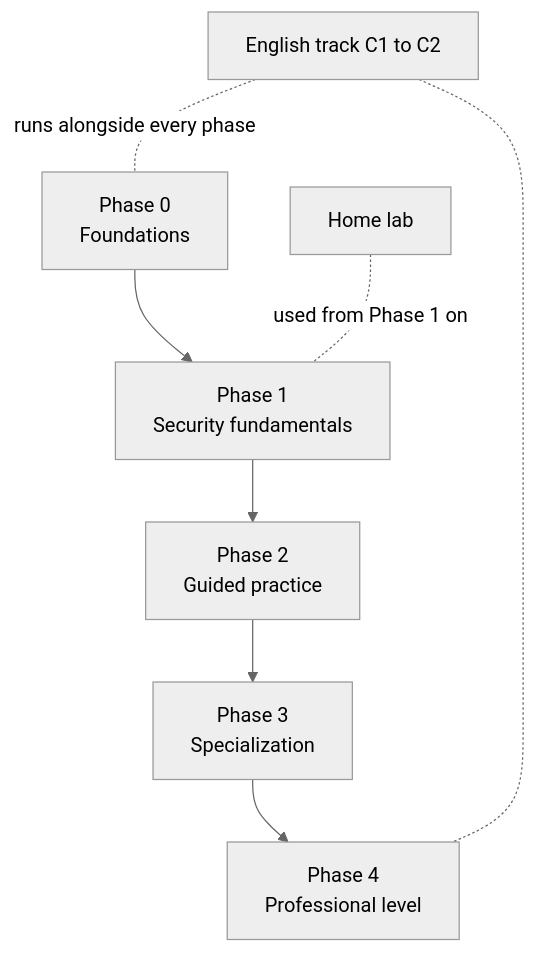
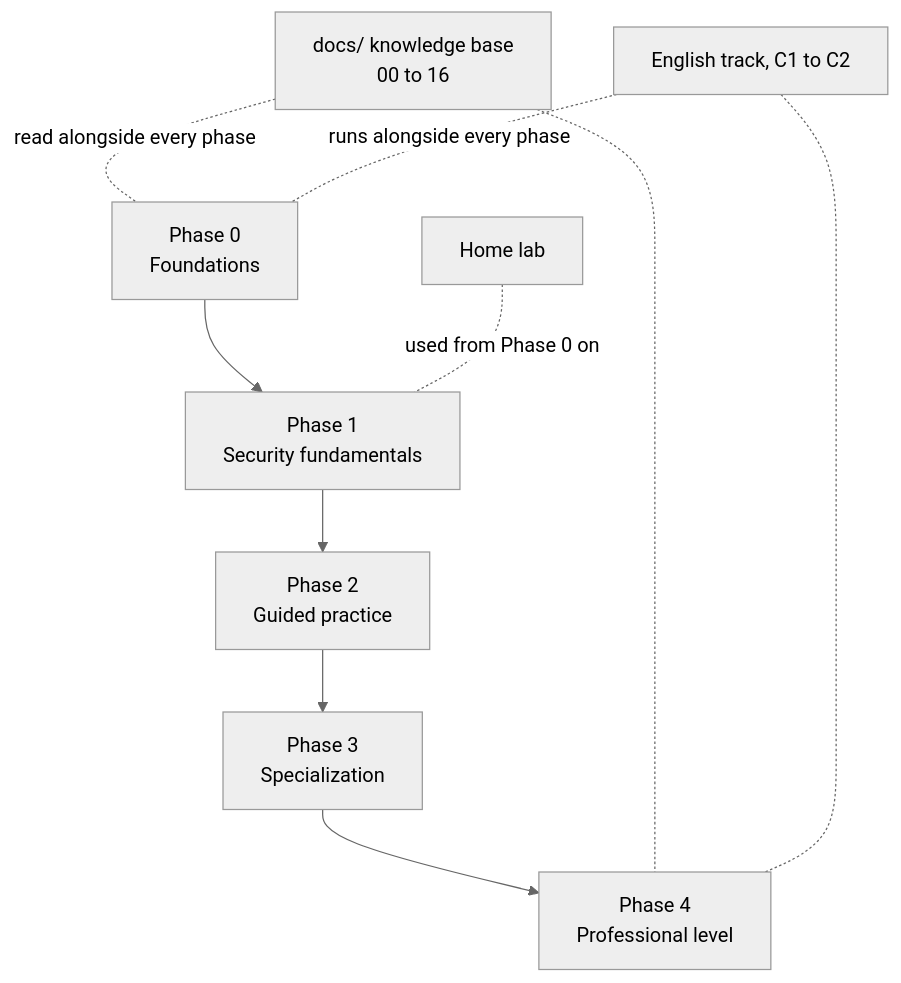
One commit to SantiagoLugoGomez/Cibersecurity-prime changed the diagram in README.md. Above: the diagram before and after it, drawn with Mermaid (neutral theme). The commit also changed other lines of this file and 5 other files, not shown here.

First line of the commit message:
Rewrite the main README gym-style and cross-link roadmap phases into docs/

````diff
--- a/README.md
+++ b/README.md
@@ -37,10 +28,12 @@
 ```mermaid
 flowchart TD
     P0[Phase 0<br/>Foundations] --> P1[Phase 1<br/>Security fundamentals]
     P1 --> P2[Phase 2<br/>Guided practice]
     P2 --> P3[Phase 3<br/>Specialization]
     P3 --> P4[Phase 4<br/>Professional level]
-    EN[English track C1 to C2] -.runs alongside every phase.- P0
+    D[docs/ knowledge base<br/>00 to 16] -.read alongside every phase.- P0
+    D -.- P4
+    EN[English track, C1 to C2] -.runs alongside every phase.- P0
     EN -.- P4
-    HL[Home lab] -.used from Phase 1 on.- P1
+    HL[Home lab] -.used from Phase 0 on.- P1
 ```
````
